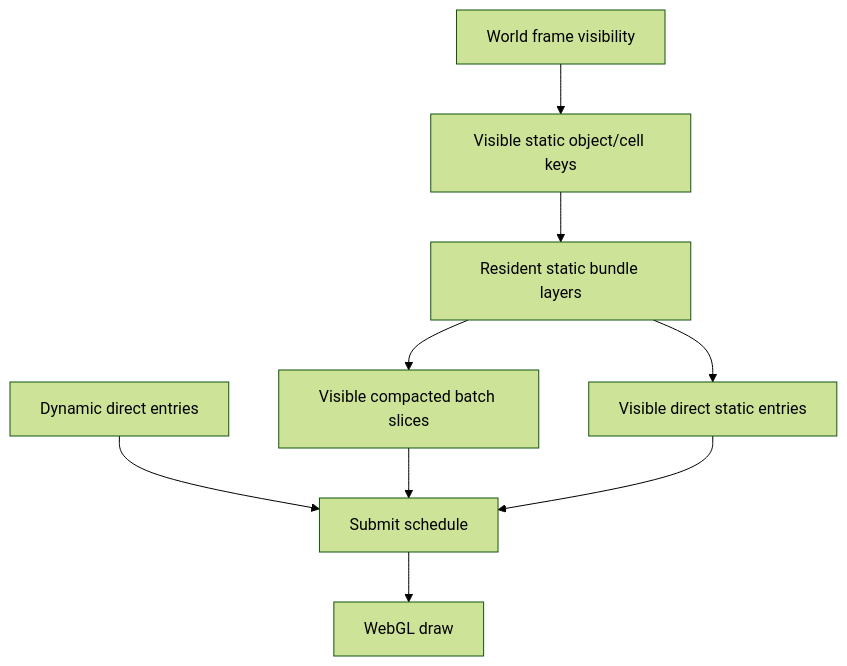
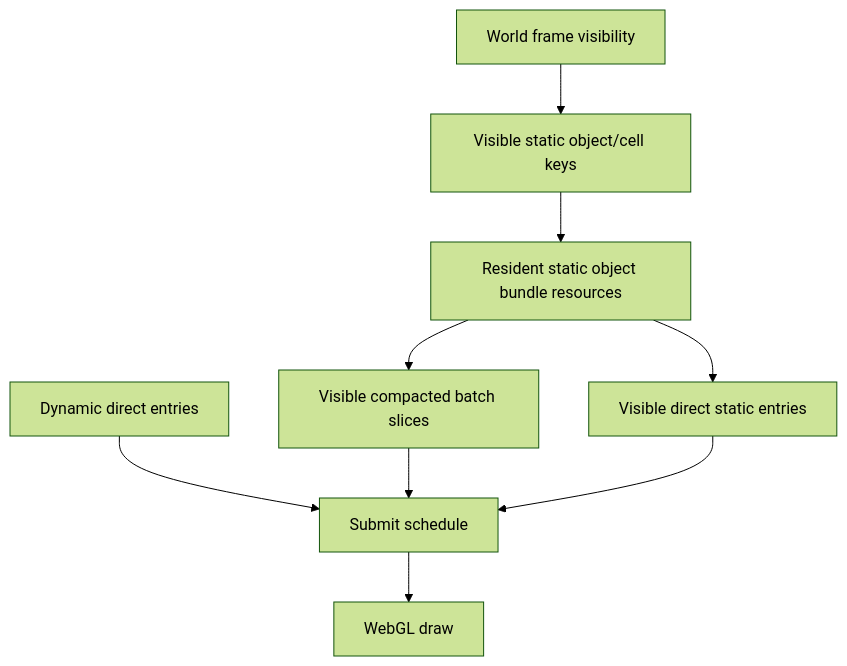
The ninth of 10 diagrams in docs/plans/holtburger-3d-static-landblock-render-bundle-replacement-plan.md (merklejerk/holtburger), drawn with Mermaid (forest theme) before and after one commit. The commit also changed other lines of this file and 3 other files, not shown here.

````diff
--- a/docs/plans/holtburger-3d-static-landblock-render-bundle-replacement-plan.md
+++ b/docs/plans/holtburger-3d-static-landblock-render-bundle-replacement-plan.md
@@ -1026,11 +1066,11 @@
 ```mermaid
 flowchart TB
     A[World frame visibility] --> B[Visible static object/cell keys]
-    B --> C[Resident static bundle layers]
+    B --> C[Resident static object bundle resources]
     C --> D[Visible compacted batch slices]
     C --> E[Visible direct static entries]
     F[Dynamic direct entries] --> G[Submit schedule]
     D --> G
     E --> G
     G --> H[WebGL draw]
 ```
````
